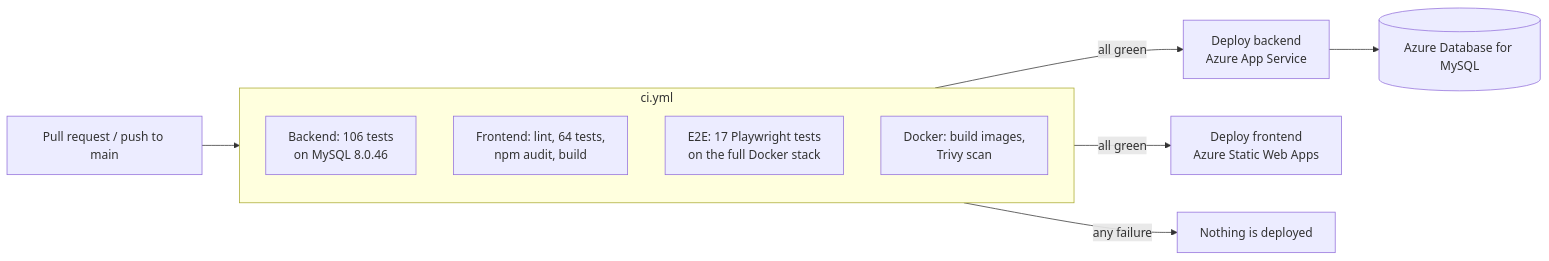
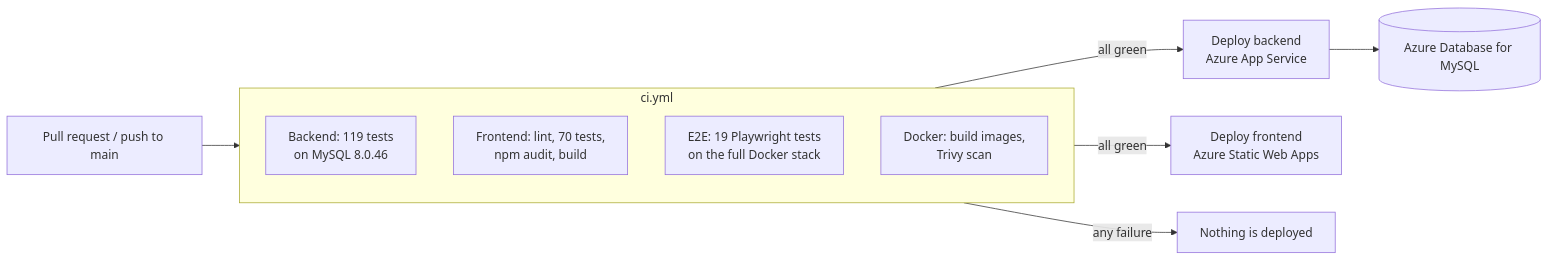
The fourth of 4 diagrams in README.md (Mmeghna10/placementhub), drawn with Mermaid before and after one commit. The commit also changed other lines of this file and 4 other files, not shown here.

First line of the commit message:
Offer Desk phase 1: E2E offer flow and docs

````diff
--- a/README.md
+++ b/README.md
@@ -338,14 +343,14 @@
 ```mermaid
 flowchart LR
     PR[Pull request / push to main] --> CI
     subgraph CI["ci.yml"]
-        B["Backend: 106 tests<br/>on MySQL 8.0.46"]
-        F["Frontend: lint, 64 tests,<br/>npm audit, build"]
-        E["E2E: 17 Playwright tests<br/>on the full Docker stack"]
+        B["Backend: 119 tests<br/>on MySQL 8.0.46"]
+        F["Frontend: lint, 70 tests,<br/>npm audit, build"]
+        E["E2E: 19 Playwright tests<br/>on the full Docker stack"]
         D["Docker: build images,<br/>Trivy scan"]
     end
     CI -- all green --> DB["Deploy backend<br/>Azure App Service"]
     CI -- all green --> DF["Deploy frontend<br/>Azure Static Web Apps"]
     CI -- any failure --> X["Nothing is deployed"]
     DB --> M[(Azure Database for MySQL)]
 ```
````
